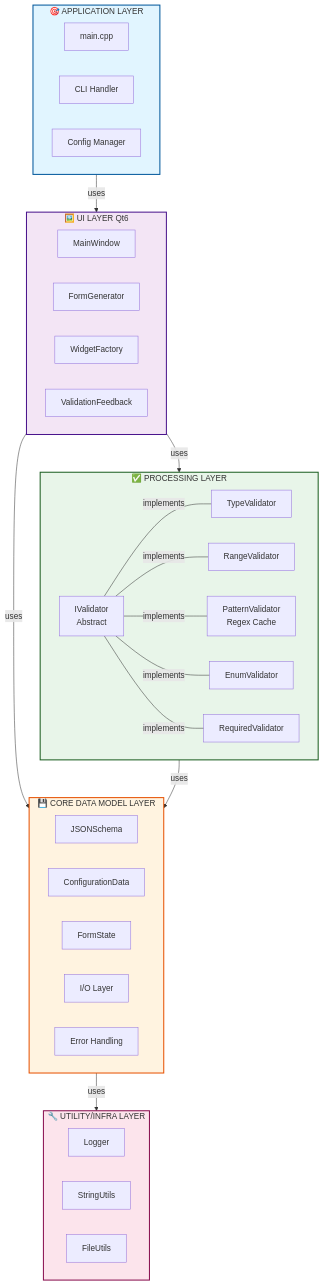
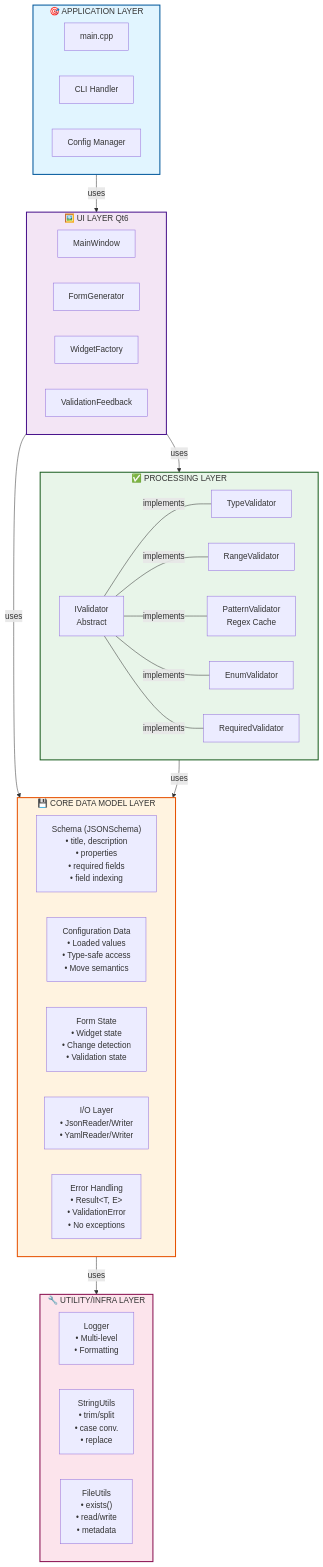
One commit to pvthanh/ConfigGUI changed the second of 8 diagrams in DESIGN_DOCUMENT.md. Above: the diagram before and after it, drawn with Mermaid. The commit also changed other lines of this file, not shown here.

Commit message:
Fix visualize issue

````diff
--- a/DESIGN_DOCUMENT.md
+++ b/DESIGN_DOCUMENT.md
@@ -59,56 +59,56 @@
 ```mermaid
 graph TB
     subgraph APP["🎯 APPLICATION LAYER"]
         MAIN["main.cpp"]
         CLIH["CLI Handler"]
         CONF["Config Manager"]
     end
     
     subgraph UI["🖼️ UI LAYER Qt6"]
         MW["MainWindow"]
         FG["FormGenerator"]
         WF["WidgetFactory"]
         VFW["ValidationFeedback"]
     end
     
     subgraph PROC["✅ PROCESSING LAYER"]
         IVA["IValidator<br/>Abstract"]
         TV["TypeValidator"]
         RV["RangeValidator"]
         PV["PatternValidator<br/>Regex Cache"]
         EV["EnumValidator"]
         REQ["RequiredValidator"]
     end
     
     subgraph CORE["💾 CORE DATA MODEL LAYER"]
-        SCH["JSONSchema"]
-        CFG["ConfigurationData"]
-        FS["FormState"]
-        IO["I/O Layer"]
-        ER["Error Handling"]
+        SCH["Schema (JSONSchema)<br/>• title, description<br/>• properties<br/>• required fields<br/>• field indexing"]
+        CFG["Configuration Data<br/>• Loaded values<br/>• Type-safe access<br/>• Move semantics"]
+        FS["Form State<br/>• Widget state<br/>• Change detection<br/>• Validation state"]
+        IO["I/O Layer<br/>• JsonReader/Writer<br/>• YamlReader/Writer"]
+        ER["Error Handling<br/>• Result&lt;T, E&gt;<br/>• ValidationError<br/>• No exceptions"]
     end
     
     subgraph UTIL["🔧 UTILITY/INFRA LAYER"]
-        LOG["Logger"]
-        STR["StringUtils"]
-        FILE["FileUtils"]
+        LOG["Logger<br/>• Multi-level<br/>• Formatting"]
+        STR["StringUtils<br/>• trim/split<br/>• case conv.<br/>• replace"]
+        FILE["FileUtils<br/>• exists()<br/>• read/write<br/>• metadata"]
     end
     
     APP -->|uses| UI
     UI -->|uses| PROC
     UI -->|uses| CORE
     PROC -->|uses| CORE
     CORE -->|uses| UTIL
     
     IVA ---|implements| TV
     IVA ---|implements| RV
     IVA ---|implements| PV
     IVA ---|implements| EV
     IVA ---|implements| REQ
     
     style APP fill:#e1f5ff,stroke:#01579b,stroke-width:2px
     style UI fill:#f3e5f5,stroke:#4a148c,stroke-width:2px
     style PROC fill:#e8f5e9,stroke:#1b5e20,stroke-width:2px
     style CORE fill:#fff3e0,stroke:#e65100,stroke-width:2px
     style UTIL fill:#fce4ec,stroke:#880e4f,stroke-width:2px
 ```
````
